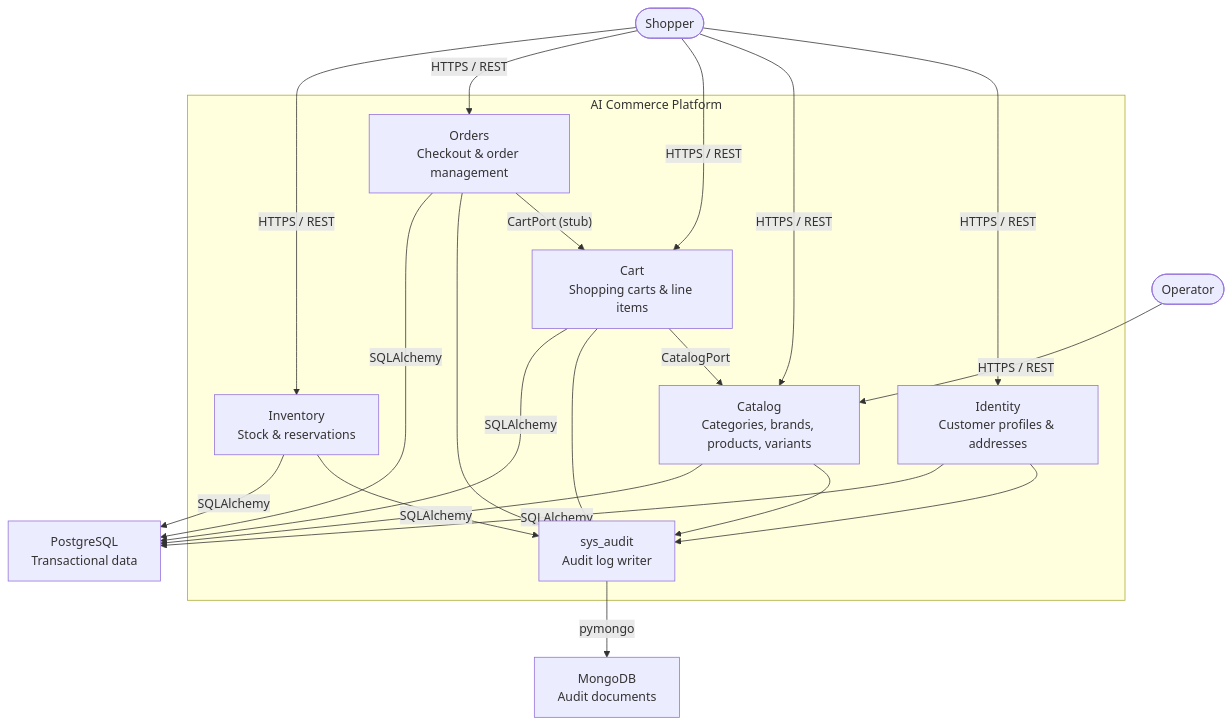
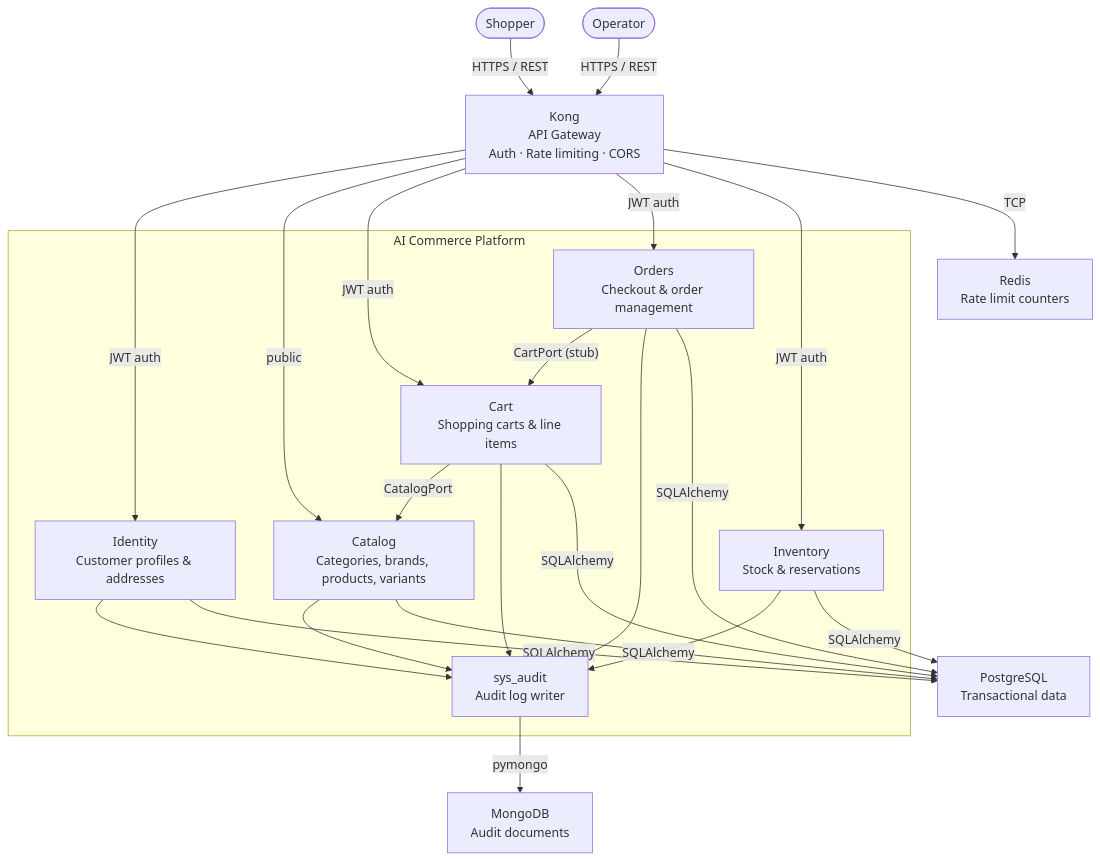
The second of 3 diagrams in docs/architecture.md (camercadop/ai-commerce-platform), drawn with Mermaid before and after one commit. The commit also changed other lines of this file and 2 other files, not shown here.

Commit message:
docs: update documentation including Kong implementation

````diff
--- a/docs/architecture.md
+++ b/docs/architecture.md
@@ -34,40 +38,45 @@
 ```mermaid
 flowchart TB
     shopper(["Shopper"])
     operator(["Operator"])
+
+    kong["Kong\nAPI Gateway\nAuth · Rate limiting · CORS"]
 
     subgraph platform ["AI Commerce Platform"]
         identity["Identity\nCustomer profiles & addresses"]
         catalog["Catalog\nCategories, brands, products, variants"]
         cart["Cart\nShopping carts & line items"]
         orders["Orders\nCheckout & order management"]
         inventory["Inventory\nStock & reservations"]
         sys_audit["sys_audit\nAudit log writer"]
     end
 
     postgres["PostgreSQL\nTransactional data"]
     mongo["MongoDB\nAudit documents"]
+    redis["Redis\nRate limit counters"]
 
-    shopper -- "HTTPS / REST" --> identity
-    shopper -- "HTTPS / REST" --> catalog
-    shopper -- "HTTPS / REST" --> cart
-    shopper -- "HTTPS / REST" --> orders
-    shopper -- "HTTPS / REST" --> inventory
-    operator -- "HTTPS / REST" --> catalog
+    shopper -- "HTTPS / REST" --> kong
+    operator -- "HTTPS / REST" --> kong
+    kong -- "JWT auth" --> identity
+    kong -- "public" --> catalog
+    kong -- "JWT auth" --> cart
+    kong -- "JWT auth" --> orders
+    kong -- "JWT auth" --> inventory
+    kong -- "TCP" --> redis
 
     cart -- "CatalogPort" --> catalog
     orders -- "CartPort (stub)" --> cart
 
     identity --> sys_audit
     catalog --> sys_audit
     cart --> sys_audit
     orders --> sys_audit
     inventory --> sys_audit
     sys_audit -- "pymongo" --> mongo
 
     identity -- "SQLAlchemy" --> postgres
     catalog -- "SQLAlchemy" --> postgres
     cart -- "SQLAlchemy" --> postgres
     orders -- "SQLAlchemy" --> postgres
     inventory -- "SQLAlchemy" --> postgres
 ```
````
